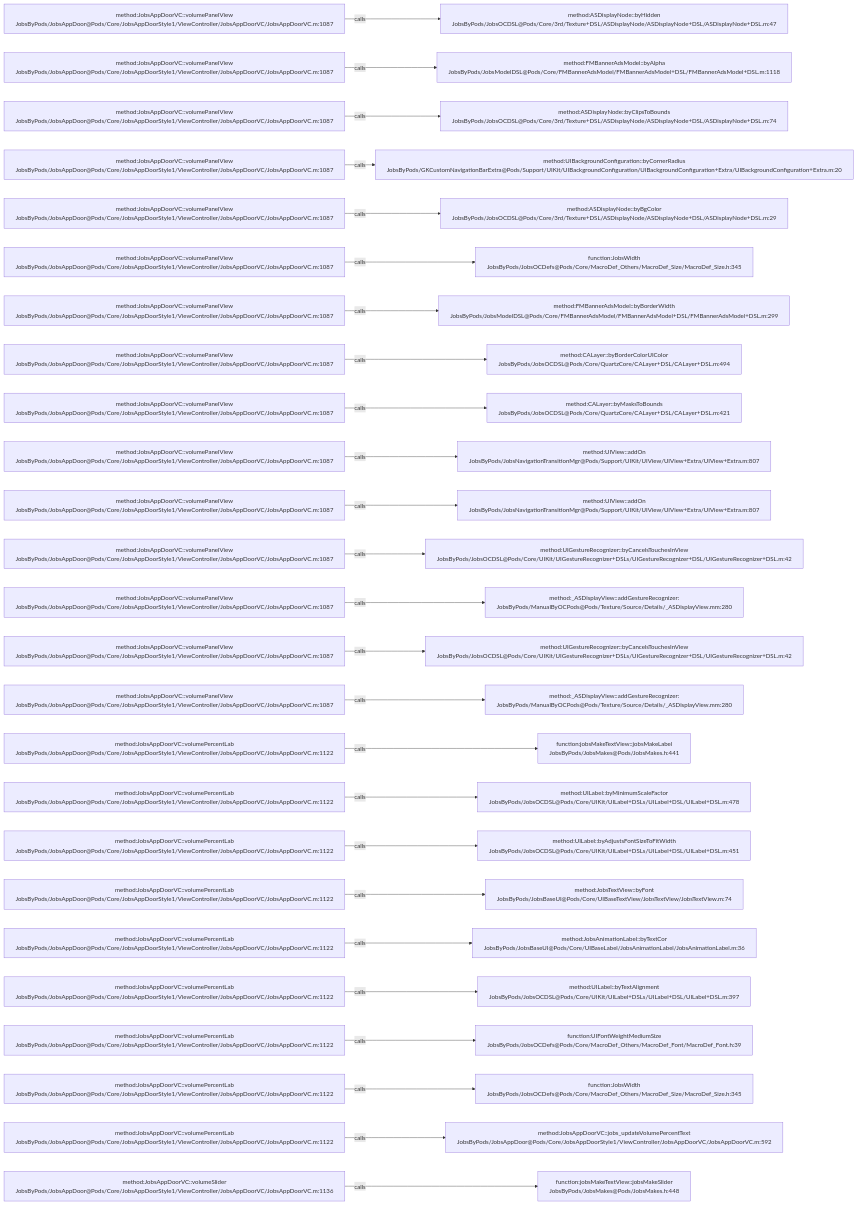
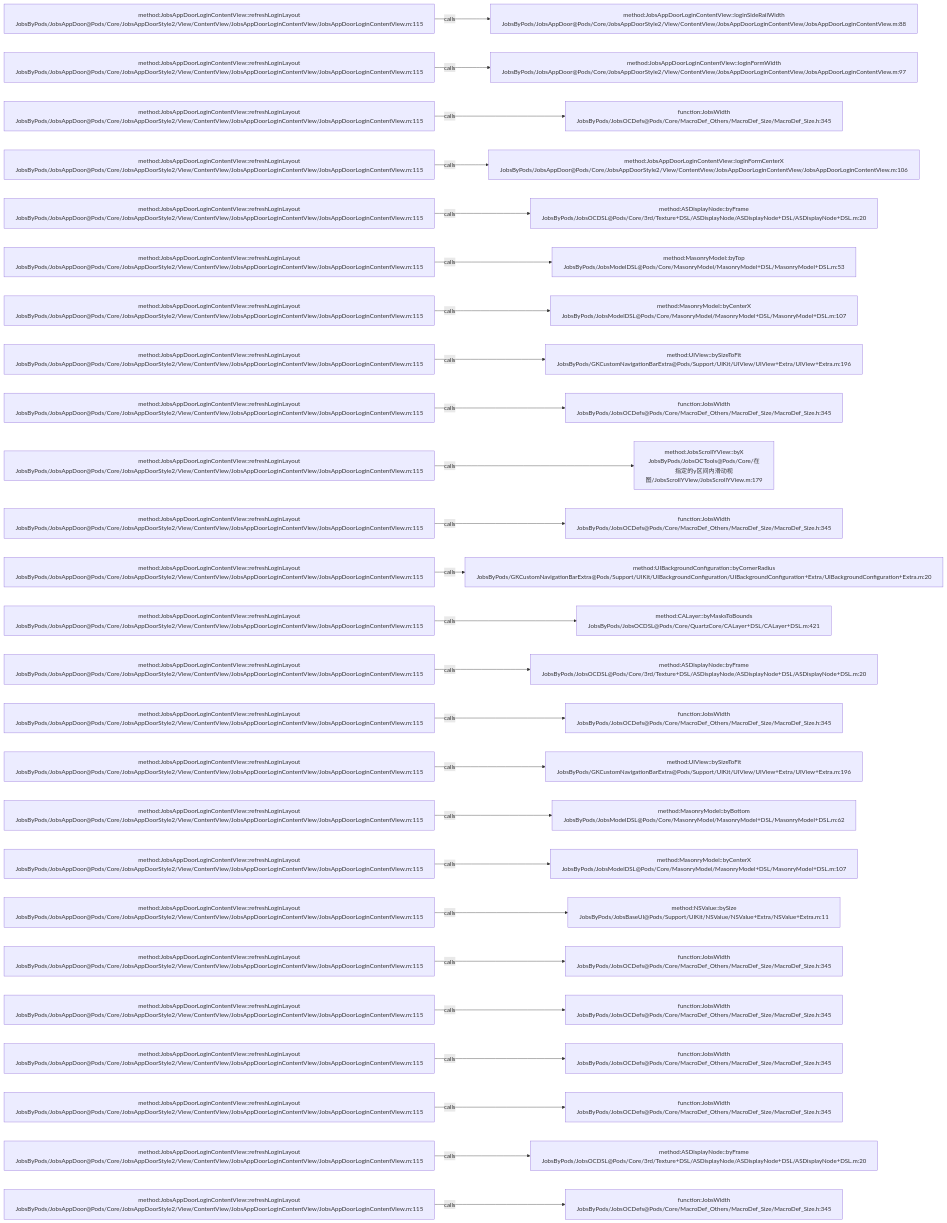
The diagram in .codegraph/codegraph.md/graphs/calls-118.md (JobsKits/JobsOCBaseConfigDemo), drawn with Mermaid before and after one commit. The commit also changed 223 other files, not shown here.

````diff
--- a/.codegraph/codegraph.md/graphs/calls-118.md
+++ b/.codegraph/codegraph.md/graphs/calls-118.md
@@ -13,78 +13,78 @@
 ```mermaid
 flowchart LR
-  S1["method:JobsAppDoorVC::volumePanelView<br/>JobsByPods/JobsAppDoor@Pods/Core/JobsAppDoorStyle1/ViewController/JobsAppDoorVC/JobsAppDoorVC.m:1087"]
-  T1["method:ASDisplayNode::byHidden<br/>JobsByPods/JobsOCDSL@Pods/Core/3rd/Texture+DSL/ASDisplayNode/ASDisplayNode+DSL/ASDisplayNode+DSL.m:47"]
+  S1["method:JobsAppDoorLoginContentView::refreshLoginLayout<br/>JobsByPods/JobsAppDoor@Pods/Core/JobsAppDoorStyle2/View/ContentView/JobsAppDoorLoginContentView/JobsAppDoorLoginContentView.m:115"]
+  T1["method:JobsAppDoorLoginContentView::loginSideRailWidth<br/>JobsByPods/JobsAppDoor@Pods/Core/JobsAppDoorStyle2/View/ContentView/JobsAppDoorLoginContentView/JobsAppDoorLoginContentView.m:88"]
   S1 -->|calls| T1
-  S2["method:JobsAppDoorVC::volumePanelView<br/>JobsByPods/JobsAppDoor@Pods/Core/JobsAppDoorStyle1/ViewController/JobsAppDoorVC/JobsAppDoorVC.m:1087"]
-  T2["method:FMBannerAdsModel::byAlpha<br/>JobsByPods/JobsModelDSL@Pods/Core/FMBannerAdsModel/FMBannerAdsModel+DSL/FMBannerAdsModel+DSL.m:1118"]
+  S2["method:JobsAppDoorLoginContentView::refreshLoginLayout<br/>JobsByPods/JobsAppDoor@Pods/Core/JobsAppDoorStyle2/View/ContentView/JobsAppDoorLoginContentView/JobsAppDoorLoginContentView.m:115"]
+  T2["method:JobsAppDoorLoginContentView::loginFormWidth<br/>JobsByPods/JobsAppDoor@Pods/Core/JobsAppDoorStyle2/View/ContentView/JobsAppDoorLoginContentView/JobsAppDoorLoginContentView.m:97"]
   S2 -->|calls| T2
-  S3["method:JobsAppDoorVC::volumePanelView<br/>JobsByPods/JobsAppDoor@Pods/Core/JobsAppDoorStyle1/ViewController/JobsAppDoorVC/JobsAppDoorVC.m:1087"]
-  T3["method:ASDisplayNode::byClipsToBounds<br/>JobsByPods/JobsOCDSL@Pods/Core/3rd/Texture+DSL/ASDisplayNode/ASDisplayNode+DSL/ASDisplayNode+DSL.m:74"]
+  S3["method:JobsAppDoorLoginContentView::refreshLoginLayout<br/>JobsByPods/JobsAppDoor@Pods/Core/JobsAppDoorStyle2/View/ContentView/JobsAppDoorLoginContentView/JobsAppDoorLoginContentView.m:115"]
+  T3["function:JobsWidth<br/>JobsByPods/JobsOCDefs@Pods/Core/MacroDef_Others/MacroDef_Size/MacroDef_Size.h:345"]
   S3 -->|calls| T3
-  S4["method:JobsAppDoorVC::volumePanelView<br/>JobsByPods/JobsAppDoor@Pods/Core/JobsAppDoorStyle1/ViewController/JobsAppDoorVC/JobsAppDoorVC.m:1087"]
-  T4["method:UIBackgroundConfiguration::byCornerRadius<br/>JobsByPods/GKCustomNavigationBarExtra@Pods/Support/UIKit/UIBackgroundConfiguration/UIBackgroundConfiguration+Extra/UIBackgroundConfiguration+Extra.m:20"]
+  S4["method:JobsAppDoorLoginContentView::refreshLoginLayout<br/>JobsByPods/JobsAppDoor@Pods/Core/JobsAppDoorStyle2/View/ContentView/JobsAppDoorLoginContentView/JobsAppDoorLoginContentView.m:115"]
+  T4["method:JobsAppDoorLoginContentView::loginFormCenterX<br/>JobsByPods/JobsAppDoor@Pods/Core/JobsAppDoorStyle2/View/ContentView/JobsAppDoorLoginContentView/JobsAppDoorLoginContentView.m:106"]
   S4 -->|calls| T4
-  S5["method:JobsAppDoorVC::volumePanelView<br/>JobsByPods/JobsAppDoor@Pods/Core/JobsAppDoorStyle1/ViewController/JobsAppDoorVC/JobsAppDoorVC.m:1087"]
-  T5["method:ASDisplayNode::byBgColor<br/>JobsByPods/JobsOCDSL@Pods/Core/3rd/Texture+DSL/ASDisplayNode/ASDisplayNode+DSL/ASDisplayNode+DSL.m:29"]
+  S5["method:JobsAppDoorLoginContentView::refreshLoginLayout<br/>JobsByPods/JobsAppDoor@Pods/Core/JobsAppDoorStyle2/View/ContentView/JobsAppDoorLoginContentView/JobsAppDoorLoginContentView.m:115"]
+  T5["method:ASDisplayNode::byFrame<br/>JobsByPods/JobsOCDSL@Pods/Core/3rd/Texture+DSL/ASDisplayNode/ASDisplayNode+DSL/ASDisplayNode+DSL.m:20"]
   S5 -->|calls| T5
-  S6["method:JobsAppDoorVC::volumePanelView<br/>JobsByPods/JobsAppDoor@Pods/Core/JobsAppDoorStyle1/ViewController/JobsAppDoorVC/JobsAppDoorVC.m:1087"]
-  T6["function:JobsWidth<br/>JobsByPods/JobsOCDefs@Pods/Core/MacroDef_Others/MacroDef_Size/MacroDef_Size.h:345"]
+  S6["method:JobsAppDoorLoginContentView::refreshLoginLayout<br/>JobsByPods/JobsAppDoor@Pods/Core/JobsAppDoorStyle2/View/ContentView/JobsAppDoorLoginContentView/JobsAppDoorLoginContentView.m:115"]
+  T6["method:MasonryModel::byTop<br/>JobsByPods/JobsModelDSL@Pods/Core/MasonryModel/MasonryModel+DSL/MasonryModel+DSL.m:53"]
   S6 -->|calls| T6
-  S7["method:JobsAppDoorVC::volumePanelView<br/>JobsByPods/JobsAppDoor@Pods/Core/JobsAppDoorStyle1/ViewController/JobsAppDoorVC/JobsAppDoorVC.m:1087"]
-  T7["method:FMBannerAdsModel::byBorderWidth<br/>JobsByPods/JobsModelDSL@Pods/Core/FMBannerAdsModel/FMBannerAdsModel+DSL/FMBannerAdsModel+DSL.m:299"]
+  S7["method:JobsAppDoorLoginContentView::refreshLoginLayout<br/>JobsByPods/JobsAppDoor@Pods/Core/JobsAppDoorStyle2/View/ContentView/JobsAppDoorLoginContentView/JobsAppDoorLoginContentView.m:115"]
+  T7["method:MasonryModel::byCenterX<br/>JobsByPods/JobsModelDSL@Pods/Core/MasonryModel/MasonryModel+DSL/MasonryModel+DSL.m:107"]
   S7 -->|calls| T7
-  S8["method:JobsAppDoorVC::volumePanelView<br/>JobsByPods/JobsAppDoor@Pods/Core/JobsAppDoorStyle1/ViewController/JobsAppDoorVC/JobsAppDoorVC.m:1087"]
-  T8["method:CALayer::byBorderColorUIColor<br/>JobsByPods/JobsOCDSL@Pods/Core/QuartzCore/CALayer+DSL/CALayer+DSL.m:494"]
+  S8["method:JobsAppDoorLoginContentView::refreshLoginLayout<br/>JobsByPods/JobsAppDoor@Pods/Core/JobsAppDoorStyle2/View/ContentView/JobsAppDoorLoginContentView/JobsAppDoorLoginContentView.m:115"]
+  T8["method:UIView::bySizeToFit<br/>JobsByPods/GKCustomNavigationBarExtra@Pods/Support/UIKit/UIView/UIView+Extra/UIView+Extra.m:196"]
   S8 -->|calls| T8
-  S9["method:JobsAppDoorVC::volumePanelView<br/>JobsByPods/JobsAppDoor@Pods/Core/JobsAppDoorStyle1/ViewController/JobsAppDoorVC/JobsAppDoorVC.m:1087"]
-  T9["method:CALayer::byMasksToBounds<br/>JobsByPods/JobsOCDSL@Pods/Core/QuartzCore/CALayer+DSL/CALayer+DSL.m:421"]
+  S9["method:JobsAppDoorLoginContentView::refreshLoginLayout<br/>JobsByPods/JobsAppDoor@Pods/Core/JobsAppDoorStyle2/View/ContentView/JobsAppDoorLoginContentView/JobsAppDoorLoginContentView.m:115"]
+  T9["function:JobsWidth<br/>JobsByPods/JobsOCDefs@Pods/Core/MacroDef_Others/MacroDef_Size/MacroDef_Size.h:345"]
   S9 -->|calls| T9
-  S10["method:JobsAppDoorVC::volumePanelView<br/>JobsByPods/JobsAppDoor@Pods/Core/JobsAppDoorStyle1/ViewController/JobsAppDoorVC/JobsAppDoorVC.m:1087"]
-  T10["method:UIView::addOn<br/>JobsByPods/JobsNavigationTransitionMgr@Pods/Support/UIKit/UIView/UIView+Extra/UIView+Extra.m:807"]
+  S10["method:JobsAppDoorLoginContentView::refreshLoginLayout<br/>JobsByPods/JobsAppDoor@Pods/Core/JobsAppDoorStyle2/View/ContentView/JobsAppDoorLoginContentView/JobsAppDoorLoginContentView.m:115"]
+  T10["method:JobsScrollYView::byX<br/>JobsByPods/JobsOCTools@Pods/Core/在指定的y区间内滑动视图/JobsScrollYView/JobsScrollYView.m:179"]
   S10 -->|calls| T10
-  S11["method:JobsAppDoorVC::volumePanelView<br/>JobsByPods/JobsAppDoor@Pods/Core/JobsAppDoorStyle1/ViewController/JobsAppDoorVC/JobsAppDoorVC.m:1087"]
-  T11["method:UIView::addOn<br/>JobsByPods/JobsNavigationTransitionMgr@Pods/Support/UIKit/UIView/UIView+Extra/UIView+Extra.m:807"]
+  S11["method:JobsAppDoorLoginContentView::refreshLoginLayout<br/>JobsByPods/JobsAppDoor@Pods/Core/JobsAppDoorStyle2/View/ContentView/JobsAppDoorLoginContentView/JobsAppDoorLoginContentView.m:115"]
+  T11["function:JobsWidth<br/>JobsByPods/JobsOCDefs@Pods/Core/MacroDef_Others/MacroDef_Size/MacroDef_Size.h:345"]
   S11 -->|calls| T11
-  S12["method:JobsAppDoorVC::volumePanelView<br/>JobsByPods/JobsAppDoor@Pods/Core/JobsAppDoorStyle1/ViewController/JobsAppDoorVC/JobsAppDoorVC.m:1087"]
-  T12["method:UIGestureRecognizer::byCancelsTouchesInView<br/>JobsByPods/JobsOCDSL@Pods/Core/UIKit/UIGestureRecognizer+DSLs/UIGestureRecognizer+DSL/UIGestureRecognizer+DSL.m:42"]
+  S12["method:JobsAppDoorLoginContentView::refreshLoginLayout<br/>JobsByPods/JobsAppDoor@Pods/Core/JobsAppDoorStyle2/View/ContentView/JobsAppDoorLoginContentView/JobsAppDoorLoginContentView.m:115"]
+  T12["method:UIBackgroundConfiguration::byCornerRadius<br/>JobsByPods/GKCustomNavigationBarExtra@Pods/Support/UIKit/UIBackgroundConfiguration/UIBackgroundConfiguration+Extra/UIBackgroundConfiguration+Extra.m:20"]
   S12 -->|calls| T12
-  S13["method:JobsAppDoorVC::volumePanelView<br/>JobsByPods/JobsAppDoor@Pods/Core/JobsAppDoorStyle1/ViewController/JobsAppDoorVC/JobsAppDoorVC.m:1087"]
-  T13["method:_ASDisplayView::addGestureRecognizer:<br/>JobsByPods/ManualByOCPods@Pods/Texture/Source/Details/_ASDisplayView.mm:280"]
+  S13["method:JobsAppDoorLoginContentView::refreshLoginLayout<br/>JobsByPods/JobsAppDoor@Pods/Core/JobsAppDoorStyle2/View/ContentView/JobsAppDoorLoginContentView/JobsAppDoorLoginContentView.m:115"]
+  T13["method:CALayer::byMasksToBounds<br/>JobsByPods/JobsOCDSL@Pods/Core/QuartzCore/CALayer+DSL/CALayer+DSL.m:421"]
   S13 -->|calls| T13
-  S14["method:JobsAppDoorVC::volumePanelView<br/>JobsByPods/JobsAppDoor@Pods/Core/JobsAppDoorStyle1/ViewController/JobsAppDoorVC/JobsAppDoorVC.m:1087"]
-  T14["method:UIGestureRecognizer::byCancelsTouchesInView<br/>JobsByPods/JobsOCDSL@Pods/Core/UIKit/UIGestureRecognizer+DSLs/UIGestureRecognizer+DSL/UIGestureRecognizer+DSL.m:42"]
+  S14["method:JobsAppDoorLoginContentView::refreshLoginLayout<br/>JobsByPods/JobsAppDoor@Pods/Core/JobsAppDoorStyle2/View/ContentView/JobsAppDoorLoginContentView/JobsAppDoorLoginContentView.m:115"]
+  T14["method:ASDisplayNode::byFrame<br/>JobsByPods/JobsOCDSL@Pods/Core/3rd/Texture+DSL/ASDisplayNode/ASDisplayNode+DSL/ASDisplayNode+DSL.m:20"]
   S14 -->|calls| T14
-  S15["method:JobsAppDoorVC::volumePanelView<br/>JobsByPods/JobsAppDoor@Pods/Core/JobsAppDoorStyle1/ViewController/JobsAppDoorVC/JobsAppDoorVC.m:1087"]
-  T15["method:_ASDisplayView::addGestureRecognizer:<br/>JobsByPods/ManualByOCPods@Pods/Texture/Source/Details/_ASDisplayView.mm:280"]
+  S15["method:JobsAppDoorLoginContentView::refreshLoginLayout<br/>JobsByPods/JobsAppDoor@Pods/Core/JobsAppDoorStyle2/View/ContentView/JobsAppDoorLoginContentView/JobsAppDoorLoginContentView.m:115"]
+  T15["function:JobsWidth<br/>JobsByPods/JobsOCDefs@Pods/Core/MacroDef_Others/MacroDef_Size/MacroDef_Size.h:345"]
   S15 -->|calls| T15
-  S16["method:JobsAppDoorVC::volumePercentLab<br/>JobsByPods/JobsAppDoor@Pods/Core/JobsAppDoorStyle1/ViewController/JobsAppDoorVC/JobsAppDoorVC.m:1122"]
-  T16["function:jobsMakeTextView::jobsMakeLabel<br/>JobsByPods/JobsMakes@Pods/JobsMakes.h:441"]
+  S16["method:JobsAppDoorLoginContentView::refreshLoginLayout<br/>JobsByPods/JobsAppDoor@Pods/Core/JobsAppDoorStyle2/View/ContentView/JobsAppDoorLoginContentView/JobsAppDoorLoginContentView.m:115"]
+  T16["method:UIView::bySizeToFit<br/>JobsByPods/GKCustomNavigationBarExtra@Pods/Support/UIKit/UIView/UIView+Extra/UIView+Extra.m:196"]
   S16 -->|calls| T16
-  S17["method:JobsAppDoorVC::volumePercentLab<br/>JobsByPods/JobsAppDoor@Pods/Core/JobsAppDoorStyle1/ViewController/JobsAppDoorVC/JobsAppDoorVC.m:1122"]
-  T17["method:UILabel::byMinimumScaleFactor<br/>JobsByPods/JobsOCDSL@Pods/Core/UIKit/UILabel+DSLs/UILabel+DSL/UILabel+DSL.m:478"]
+  S17["method:JobsAppDoorLoginContentView::refreshLoginLayout<br/>JobsByPods/JobsAppDoor@Pods/Core/JobsAppDoorStyle2/View/ContentView/JobsAppDoorLoginContentView/JobsAppDoorLoginContentView.m:115"]
+  T17["method:MasonryModel::byBottom<br/>JobsByPods/JobsModelDSL@Pods/Core/MasonryModel/MasonryModel+DSL/MasonryModel+DSL.m:62"]
   S17 -->|calls| T17
-  S18["method:JobsAppDoorVC::volumePercentLab<br/>JobsByPods/JobsAppDoor@Pods/Core/JobsAppDoorStyle1/ViewController/JobsAppDoorVC/JobsAppDoorVC.m:1122"]
-  T18["method:UILabel::byAdjustsFontSizeToFitWidth<br/>JobsByPods/JobsOCDSL@Pods/Core/UIKit/UILabel+DSLs/UILabel+DSL/UILabel+DSL.m:451"]
+  S18["method:JobsAppDoorLoginContentView::refreshLoginLayout<br/>JobsByPods/JobsAppDoor@Pods/Core/JobsAppDoorStyle2/View/ContentView/JobsAppDoorLoginContentView/JobsAppDoorLoginContentView.m:115"]
+  T18["method:MasonryModel::byCenterX<br/>JobsByPods/JobsModelDSL@Pods/Core/MasonryModel/MasonryModel+DSL/MasonryModel+DSL.m:107"]
   S18 -->|calls| T18
-  S19["method:JobsAppDoorVC::volumePercentLab<br/>JobsByPods/JobsAppDoor@Pods/Core/JobsAppDoorStyle1/ViewController/JobsAppDoorVC/JobsAppDoorVC.m:1122"]
-  T19["method:JobsTextView::byFont<br/>JobsByPods/JobsBaseUI@Pods/Core/UIBaseTextView/JobsTextView/JobsTextView.m:74"]
+  S19["method:JobsAppDoorLoginContentView::refreshLoginLayout<br/>JobsByPods/JobsAppDoor@Pods/Core/JobsAppDoorStyle2/View/ContentView/JobsAppDoorLoginContentView/JobsAppDoorLoginContentView.m:115"]
+  T19["method:NSValue::bySize<br/>JobsByPods/JobsBaseUI@Pods/Support/UIKit/NSValue/NSValue+Extra/NSValue+Extra.m:11"]
   S19 -->|calls| T19
-  S20["method:JobsAppDoorVC::volumePercentLab<br/>JobsByPods/JobsAppDoor@Pods/Core/JobsAppDoorStyle1/ViewController/JobsAppDoorVC/JobsAppDoorVC.m:1122"]
-  T20["method:JobsAnimationLabel::byTextCor<br/>JobsByPods/JobsBaseUI@Pods/Core/UIBaseLabel/JobsAnimationLabel/JobsAnimationLabel.m:36"]
+  S20["method:JobsAppDoorLoginContentView::refreshLoginLayout<br/>JobsByPods/JobsAppDoor@Pods/Core/JobsAppDoorStyle2/View/ContentView/JobsAppDoorLoginContentView/JobsAppDoorLoginContentView.m:115"]
+  T20["function:JobsWidth<br/>JobsByPods/JobsOCDefs@Pods/Core/MacroDef_Others/MacroDef_Size/MacroDef_Size.h:345"]
   S20 -->|calls| T20
-  S21["method:JobsAppDoorVC::volumePercentLab<br/>JobsByPods/JobsAppDoor@Pods/Core/JobsAppDoorStyle1/ViewController/JobsAppDoorVC/JobsAppDoorVC.m:1122"]
-  T21["method:UILabel::byTextAlignment<br/>JobsByPods/JobsOCDSL@Pods/Core/UIKit/UILabel+DSLs/UILabel+DSL/UILabel+DSL.m:397"]
+  S21["method:JobsAppDoorLoginContentView::refreshLoginLayout<br/>JobsByPods/JobsAppDoor@Pods/Core/JobsAppDoorStyle2/View/ContentView/JobsAppDoorLoginContentView/JobsAppDoorLoginContentView.m:115"]
+  T21["function:JobsWidth<br/>JobsByPods/JobsOCDefs@Pods/Core/MacroDef_Others/MacroDef_Size/MacroDef_Size.h:345"]
   S21 -->|calls| T21
-  S22["method:JobsAppDoorVC::volumePercentLab<br/>JobsByPods/JobsAppDoor@Pods/Core/JobsAppDoorStyle1/ViewController/JobsAppDoorVC/JobsAppDoorVC.m:1122"]
-  T22["function:UIFontWeightMediumSize<br/>JobsByPods/JobsOCDefs@Pods/Core/MacroDef_Others/MacroDef_Font/MacroDef_Font.h:39"]
+  S22["method:JobsAppDoorLoginContentView::refreshLoginLayout<br/>JobsByPods/JobsAppDoor@Pods/Core/JobsAppDoorStyle2/View/ContentView/JobsAppDoorLoginContentView/JobsAppDoorLoginContentView.m:115"]
+  T22["function:JobsWidth<br/>JobsByPods/JobsOCDefs@Pods/Core/MacroDef_Others/MacroDef_Size/MacroDef_Size.h:345"]
   S22 -->|calls| T22
-  S23["method:JobsAppDoorVC::volumePercentLab<br/>JobsByPods/JobsAppDoor@Pods/Core/JobsAppDoorStyle1/ViewController/JobsAppDoorVC/JobsAppDoorVC.m:1122"]
+  S23["method:JobsAppDoorLoginContentView::refreshLoginLayout<br/>JobsByPods/JobsAppDoor@Pods/Core/JobsAppDoorStyle2/View/ContentView/JobsAppDoorLoginContentView/JobsAppDoorLoginContentView.m:115"]
   T23["function:JobsWidth<br/>JobsByPods/JobsOCDefs@Pods/Core/MacroDef_Others/MacroDef_Size/MacroDef_Size.h:345"]
   S23 -->|calls| T23
-  S24["method:JobsAppDoorVC::volumePercentLab<br/>JobsByPods/JobsAppDoor@Pods/Core/JobsAppDoorStyle1/ViewController/JobsAppDoorVC/JobsAppDoorVC.m:1122"]
-  T24["method:JobsAppDoorVC::jobs_updateVolumePercentText<br/>JobsByPods/JobsAppDoor@Pods/Core/JobsAppDoorStyle1/ViewController/JobsAppDoorVC/JobsAppDoorVC.m:592"]
+  S24["method:JobsAppDoorLoginContentView::refreshLoginLayout<br/>JobsByPods/JobsAppDoor@Pods/Core/JobsAppDoorStyle2/View/ContentView/JobsAppDoorLoginContentView/JobsAppDoorLoginContentView.m:115"]
+  T24["method:ASDisplayNode::byFrame<br/>JobsByPods/JobsOCDSL@Pods/Core/3rd/Texture+DSL/ASDisplayNode/ASDisplayNode+DSL/ASDisplayNode+DSL.m:20"]
   S24 -->|calls| T24
-  S25["method:JobsAppDoorVC::volumeSlider<br/>JobsByPods/JobsAppDoor@Pods/Core/JobsAppDoorStyle1/ViewController/JobsAppDoorVC/JobsAppDoorVC.m:1136"]
-  T25["function:jobsMakeTextView::jobsMakeSlider<br/>JobsByPods/JobsMakes@Pods/JobsMakes.h:448"]
+  S25["method:JobsAppDoorLoginContentView::refreshLoginLayout<br/>JobsByPods/JobsAppDoor@Pods/Core/JobsAppDoorStyle2/View/ContentView/JobsAppDoorLoginContentView/JobsAppDoorLoginContentView.m:115"]
+  T25["function:JobsWidth<br/>JobsByPods/JobsOCDefs@Pods/Core/MacroDef_Others/MacroDef_Size/MacroDef_Size.h:345"]
   S25 -->|calls| T25
 ```
````
